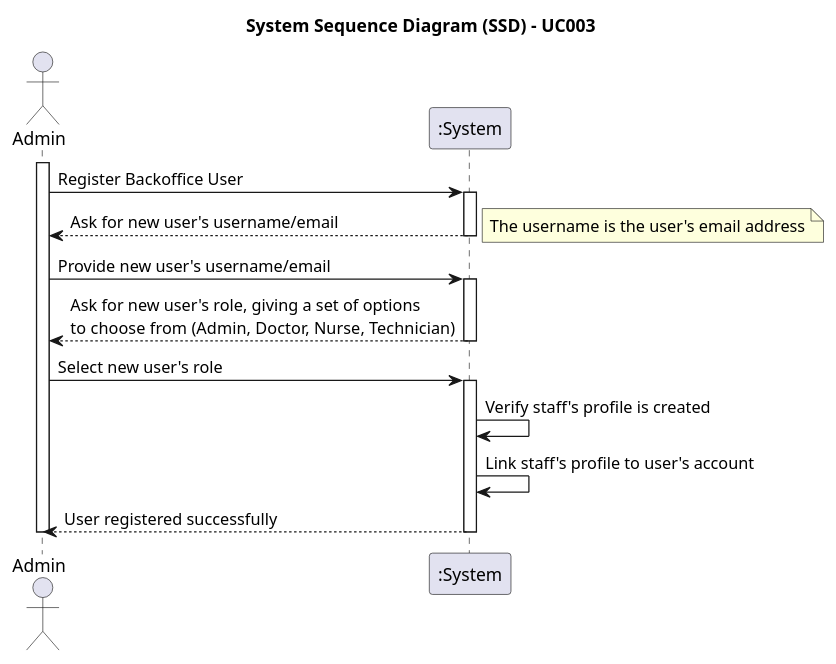
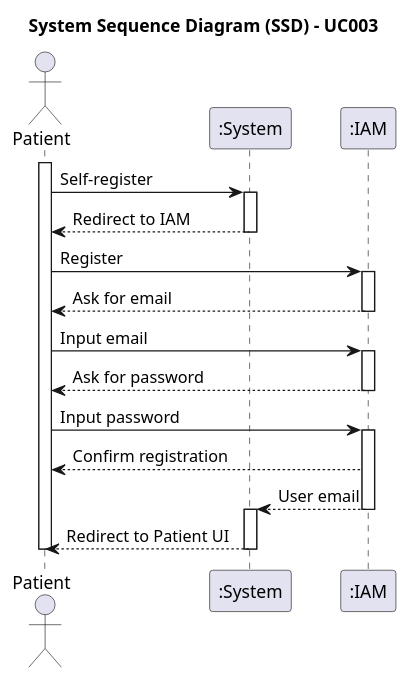
Before and after one commit to 1221124/sem5pi-24-25-g031: the diagram in docs/SprintA/UseCases/UC003/01.requirements-engineering/puml/uc003-system-sequence-diagram.puml, drawn with PlantUML. The commit also changed 2 other files, not shown here.

```diff
--- a/docs/SprintA/UseCases/UC003/01.requirements-engineering/puml/uc003-system-sequence-diagram.puml
+++ b/docs/SprintA/UseCases/UC003/01.requirements-engineering/puml/uc003-system-sequence-diagram.puml
@@ -1,40 +1,52 @@
 @startuml uc003-system-sequence-diagram
 
 title System Sequence Diagram (SSD) - UC003
-actor Admin as Adm
+actor Patient as Patient
 participant ":System" as System
+participant ":IAM" as IAM
 
-activate Adm
+activate Patient
 
-    Adm -> System: Register Backoffice User
+    Patient -> System: Self-register
 
     activate System
-    
-        System --> Adm: Ask for new user's username/email
-        note right: The username is the user's email address
+
+        System --> Patient: Redirect to IAM
 
     deactivate System
 
-    Adm -> System: Provide new user's username/email
+    Patient -> IAM: Register
+
+    activate IAM
+
+        IAM --> Patient: Ask for email
+
+    deactivate IAM
+
+    Patient -> IAM: Input email
+
+    activate IAM
+
+        IAM --> Patient: Ask for password
+
+    deactivate IAM
+
+    Patient -> IAM: Input password
+
+    activate IAM
+
+        IAM --> Patient: Confirm registration
+
+        IAM --> System: User email
+    
+    deactivate IAM
 
     activate System
 
-        System --> Adm: Ask for new user's role, giving a set of options\nto choose from (Admin, Doctor, Nurse, Technician)
+        System --> Patient: Redirect to Patient UI
 
     deactivate System
 
-    Adm -> System: Select new user's role
-
-    activate System
-
-        System -> System: Verify staff's profile is created
-
-        System -> System: Link staff's profile to user's account
-        
-        System --> Adm: User registered successfully
-
-    deactivate System
-
-deactivate Adm
+deactivate Patient
 
 @enduml
```
